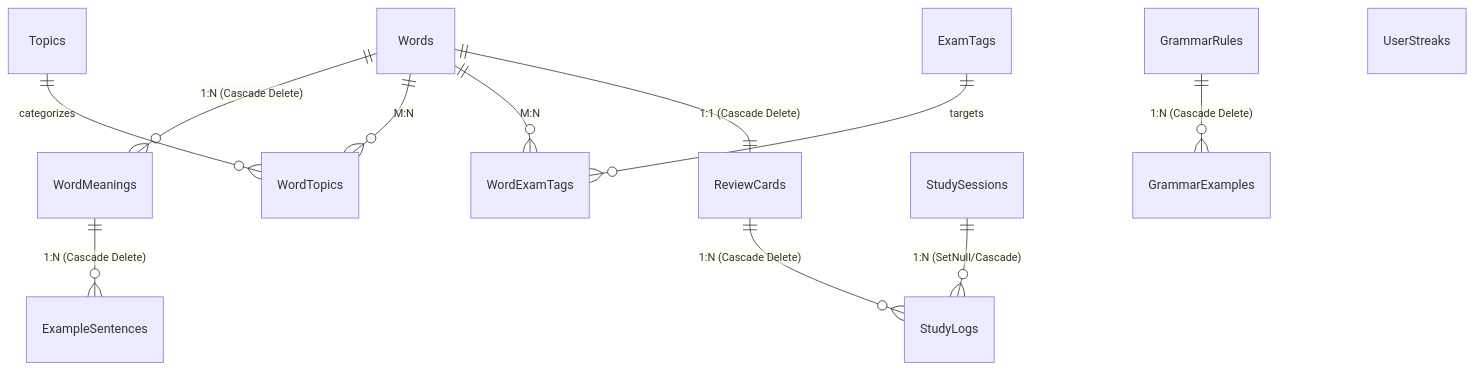
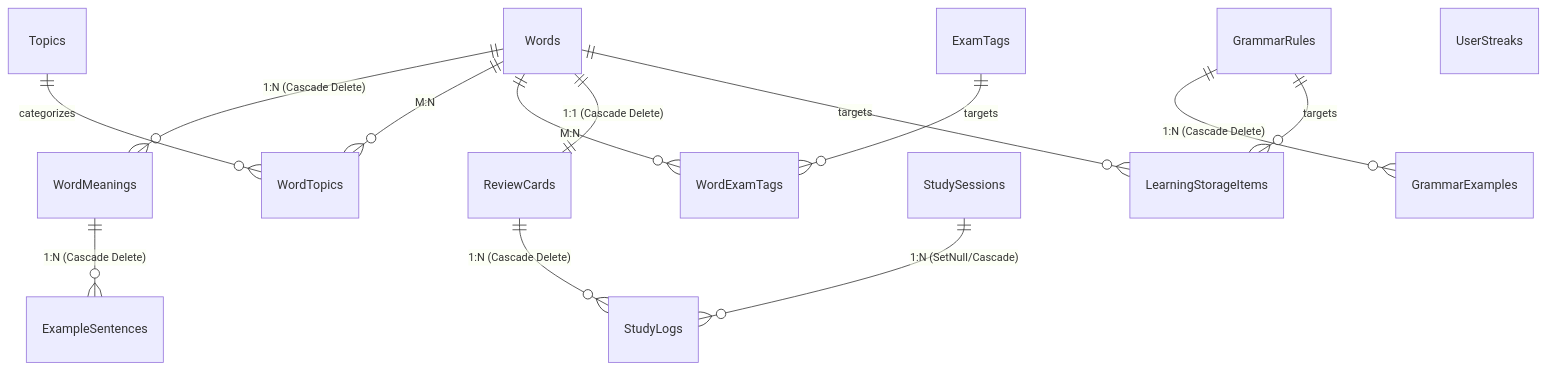
The diagram in docs/database_schema.md (Nguyen-Trung-Tien/Lexora), drawn with Mermaid before and after one commit. The commit also changed other lines of this file and 9 other files, not shown here.

Commit message:
docs: add architecture, database schema, and API documentation alongside roadmap milestones and backlog

````diff
--- a/docs/database_schema.md
+++ b/docs/database_schema.md
@@ -25,14 +25,16 @@
 ```mermaid
 erDiagram
     Words ||--o{ WordMeanings : "1:N (Cascade Delete)"
     WordMeanings ||--o{ ExampleSentences : "1:N (Cascade Delete)"
     Words ||--o{ WordTopics : "M:N"
     Topics ||--o{ WordTopics : "categorizes"
     Words ||--o{ WordExamTags : "M:N"
     ExamTags ||--o{ WordExamTags : "targets"
     Words ||--|| ReviewCards : "1:1 (Cascade Delete)"
     ReviewCards ||--o{ StudyLogs : "1:N (Cascade Delete)"
     StudySessions ||--o{ StudyLogs : "1:N (SetNull/Cascade)"
     GrammarRules ||--o{ GrammarExamples : "1:N (Cascade Delete)"
+    Words ||--o{ LearningStorageItems : "targets"
+    GrammarRules ||--o{ LearningStorageItems : "targets"
     UserStreaks
 ```
````
